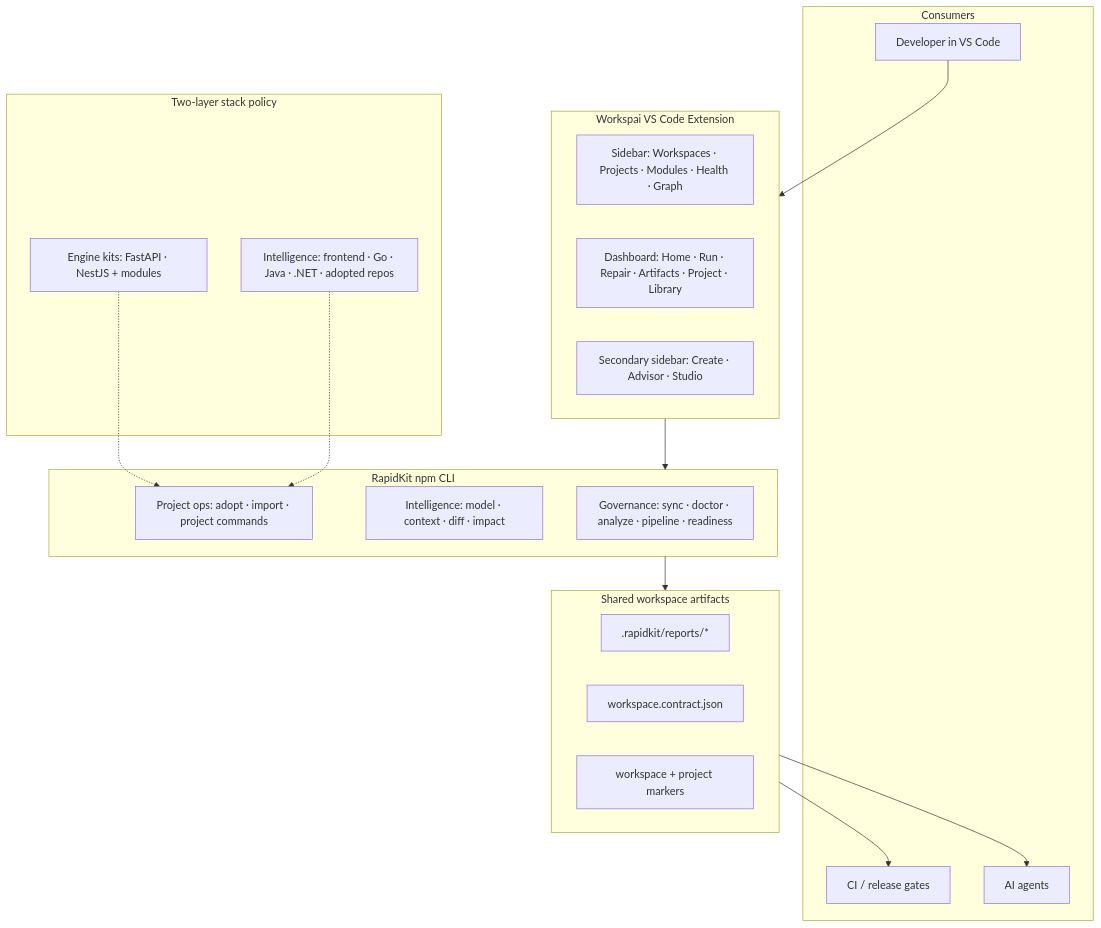
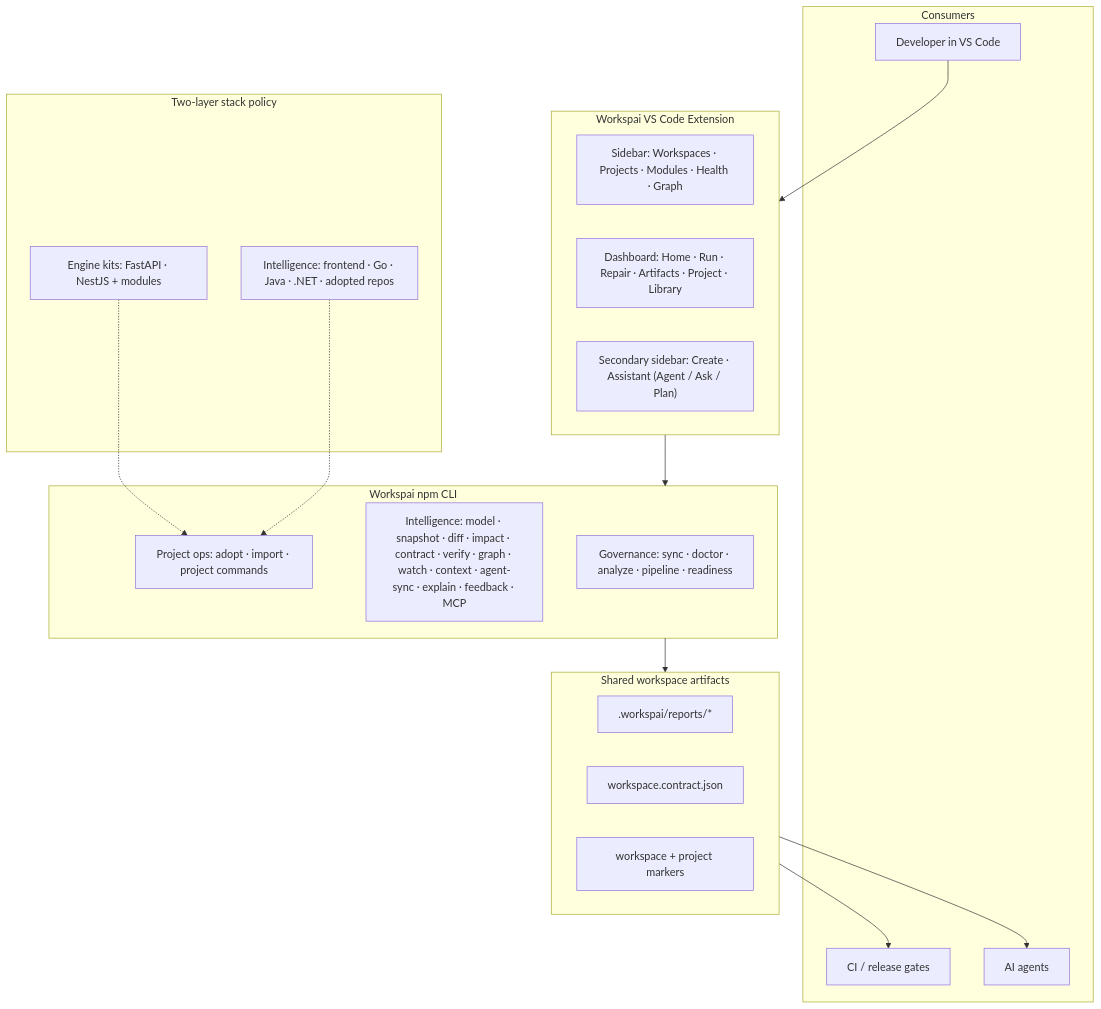
One commit to chistiq/rapidkit-vscode changed the second of 2 diagrams in README.md. Above: the diagram before and after it, drawn with Mermaid. The commit also changed other lines of this file and 527 other files, not shown here.

Commit message:
feat(extension): unify workspace intelligence graph and autonomous Studio

````diff
--- a/README.md
+++ b/README.md
@@ -92,39 +90,39 @@
 ```mermaid
 flowchart TB
   subgraph Consumers["Consumers"]
     Dev["Developer in VS Code"]
     CI["CI / release gates"]
     Agents["AI agents"]
   end
 
   subgraph Workspai["Workspai VS Code Extension"]
     Sidebar["Sidebar: Workspaces · Projects · Modules · Health · Graph"]
     Dashboard["Dashboard: Home · Run · Repair · Artifacts · Project · Library"]
-    Studio["Secondary sidebar: Create · Advisor · Studio"]
+    Studio["Secondary sidebar: Create · Assistant (Agent / Ask / Plan)"]
   end
 
-  subgraph CLI["RapidKit npm CLI"]
+  subgraph CLI["Workspai npm CLI"]
     Gov["Governance: sync · doctor · analyze · pipeline · readiness"]
-    Intel["Intelligence: model · context · diff · impact"]
+    Intel["Intelligence: model · snapshot · diff · impact · contract · verify · graph · watch · context · agent-sync · explain · feedback · MCP"]
     Ops["Project ops: adopt · import · project commands"]
   end
 
   subgraph Artifacts["Shared workspace artifacts"]
-    Reports[".rapidkit/reports/*"]
+    Reports[".workspai/reports/*"]
     Contract["workspace.contract.json"]
     Markers["workspace + project markers"]
   end
 
   subgraph Policy["Two-layer stack policy"]
     Kits["Engine kits: FastAPI · NestJS + modules"]
     Polyglot["Intelligence: frontend · Go · Java · .NET · adopted repos"]
   end
 
   Dev --> Workspai
   Workspai --> CLI
   CLI --> Artifacts
   Artifacts --> CI
   Artifacts --> Agents
   Kits -.-> Ops
   Polyglot -.-> Ops
 ```
````
